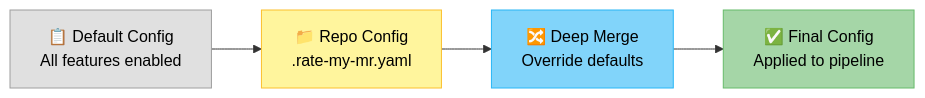
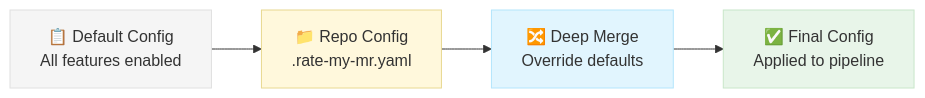
Before and after one commit to vigneshpalanivelr/commit-validator: the fourth of 6 diagrams in ARCHITECTURE.md, drawn with Mermaid. The commit also changed other lines of this file and 2 other files, not shown here.

First line of the commit message:
Update mermaid diagrams with subtle, muted colors

````diff
--- a/ARCHITECTURE.md
+++ b/ARCHITECTURE.md
@@ -282,16 +282,16 @@
 ```mermaid
 flowchart LR
     A[📋 Default Config<br/>All features enabled] --> B[📁 Repo Config<br/>.rate-my-mr.yaml]
     B --> C[🔀 Deep Merge<br/>Override defaults]
     C --> D[✅ Final Config<br/>Applied to pipeline]
 
-    classDef default fill:#e0e0e0,stroke:#9e9e9e,color:#000
-    classDef repo fill:#fff59d,stroke:#fbc02d,color:#000
-    classDef merge fill:#81d4fa,stroke:#29b6f6,color:#000
-    classDef final fill:#a5d6a7,stroke:#66bb6a,color:#000
+    classDef default fill:#f5f5f5,stroke:#e0e0e0,color:#333
+    classDef repo fill:#fff8dc,stroke:#e8d890,color:#333
+    classDef merge fill:#e1f5fe,stroke:#b3e5fc,color:#333
+    classDef final fill:#e8f5e9,stroke:#c8e6c9,color:#333
 
     class A default
     class B repo
     class C merge
     class D final
 ```
````
